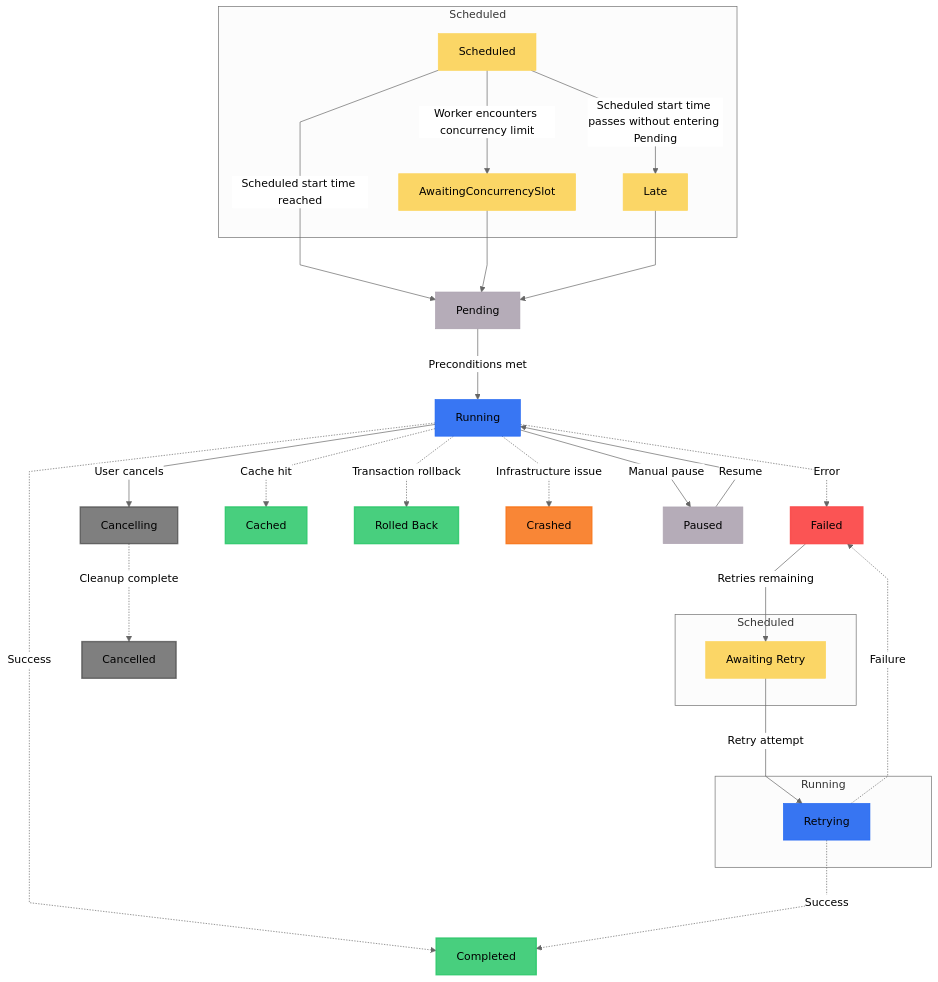
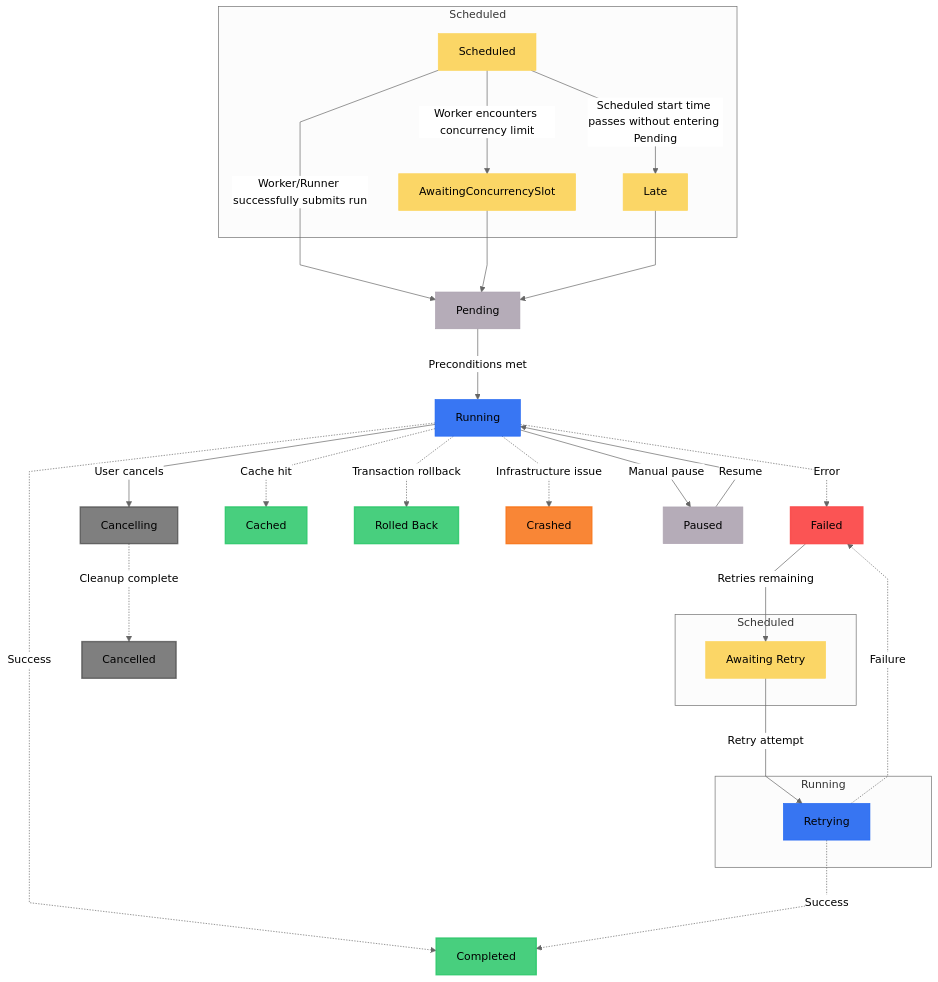
Before and after one commit to PrefectHQ/prefect: the diagram in docs/3.0/develop/manage-states.mdx, drawn with Mermaid.

```diff
--- a/docs/3.0/develop/manage-states.mdx
+++ b/docs/3.0/develop/manage-states.mdx
@@ -123,7 +123,7 @@
 
     %% Connections
     Scheduled --> |Scheduled start time passes without entering Pending| Late
-    Scheduled --> |Scheduled start time reached| Pending
+    Scheduled --> |Worker/Runner successfully submits run| Pending
     Scheduled --> |Worker encounters concurrency limit| AwaitingConcurrencySlot
 
     AwaitingConcurrencySlot --> Pending
```
